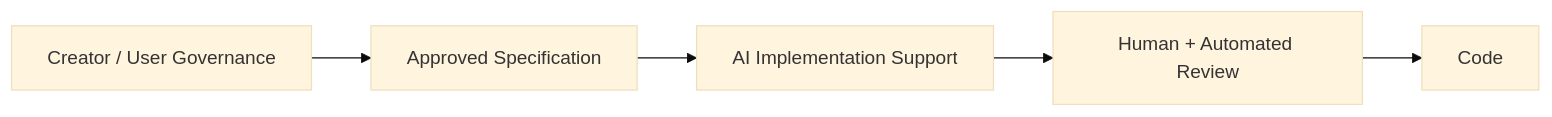
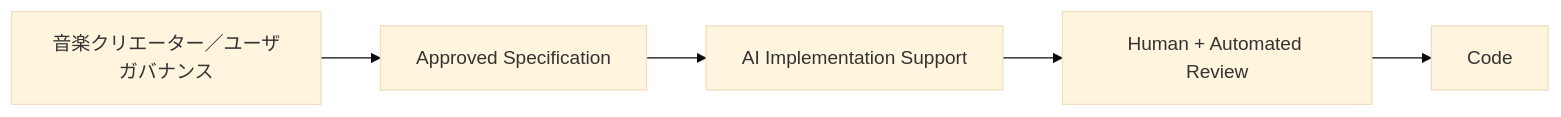
One commit to ShigeichiroYamasaki/creator-first-platform changed diagram 28 of 47 in docs/whitepaper/13-roadmap.md. Above: the diagram before and after it, drawn with Mermaid (base theme). The commit also changed other lines of this file and 67 other files, not shown here.

````diff
--- a/docs/whitepaper/13-roadmap.md
+++ b/docs/whitepaper/13-roadmap.md
@@ -940,10 +940,10 @@
 ```mermaid
 flowchart LR
-    HUMAN[Creator / User Governance]
+    HUMAN[音楽クリエーター／ユーザガバナンス]
     SPEC[Approved Specification]
     AI[AI Implementation Support]
     REVIEW[Human + Automated Review]
     CODE[Code]
 
     HUMAN --> SPEC --> AI --> REVIEW --> CODE
 ```
````
